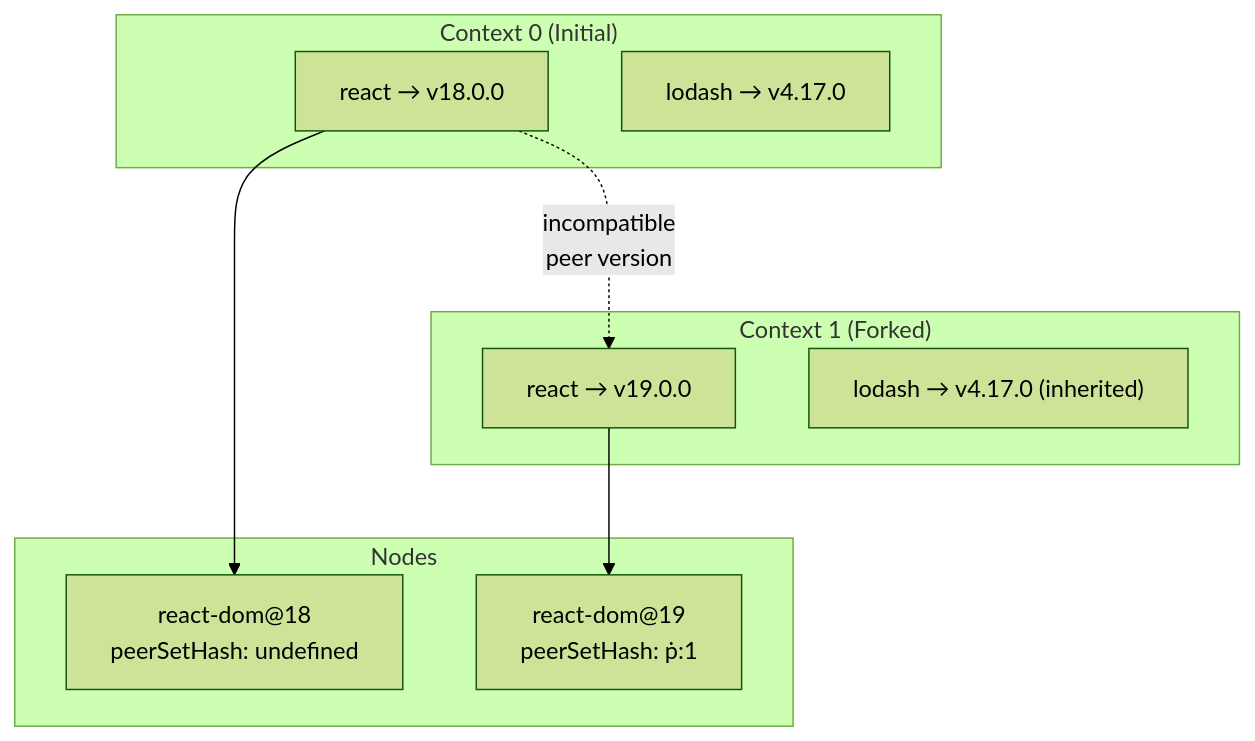
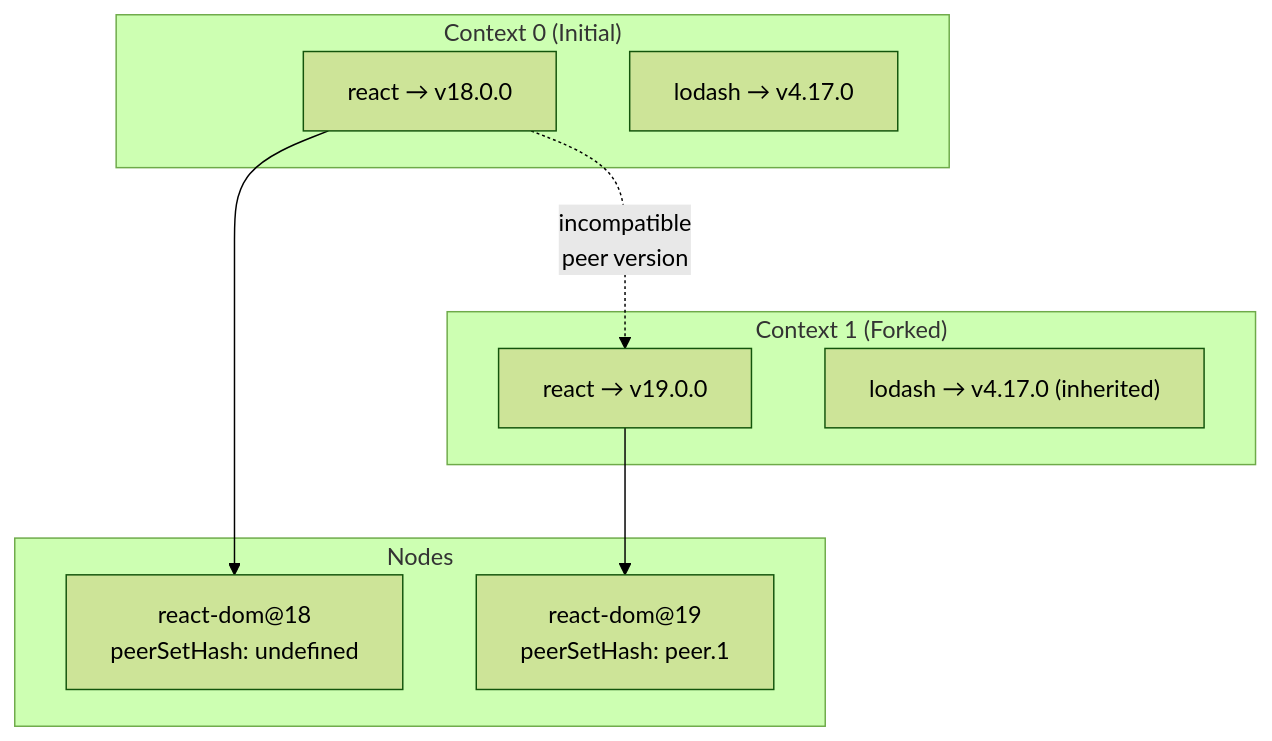
One commit to vltpkg/vltpkg changed the eighth of 10 diagrams in src/graph/ARCHITECTURE.md. Above: the diagram before and after it, drawn with Mermaid (forest theme). The commit also changed other lines of this file and 77 other files, not shown here.

````diff
--- a/src/graph/ARCHITECTURE.md
+++ b/src/graph/ARCHITECTURE.md
@@ -367,22 +367,22 @@
 ```mermaid
 flowchart TB
     subgraph "Context 0 (Initial)"
         C0_react["react → v18.0.0"]
         C0_lodash["lodash → v4.17.0"]
     end
 
     subgraph "Context 1 (Forked)"
         C1_react["react → v19.0.0"]
         C1_lodash["lodash → v4.17.0 (inherited)"]
     end
 
     subgraph "Nodes"
         N1["react-dom@18<br/>peerSetHash: undefined"]
-        N2["react-dom@19<br/>peerSetHash: ṗ:1"]
+        N2["react-dom@19<br/>peerSetHash: peer.1"]
     end
 
     C0_react --> N1
     C1_react --> N2
 
     C0_react -.->|"incompatible<br/>peer version"| C1_react
 ```
````
